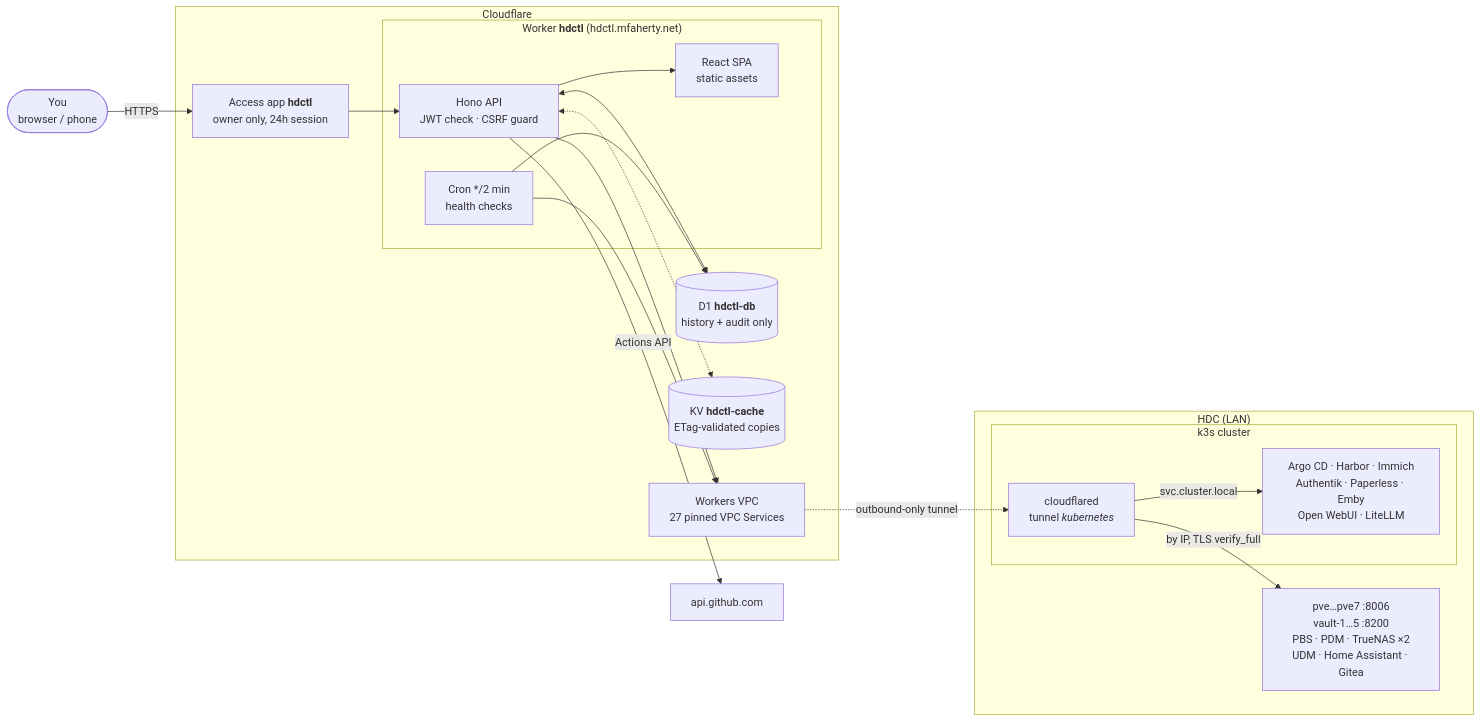
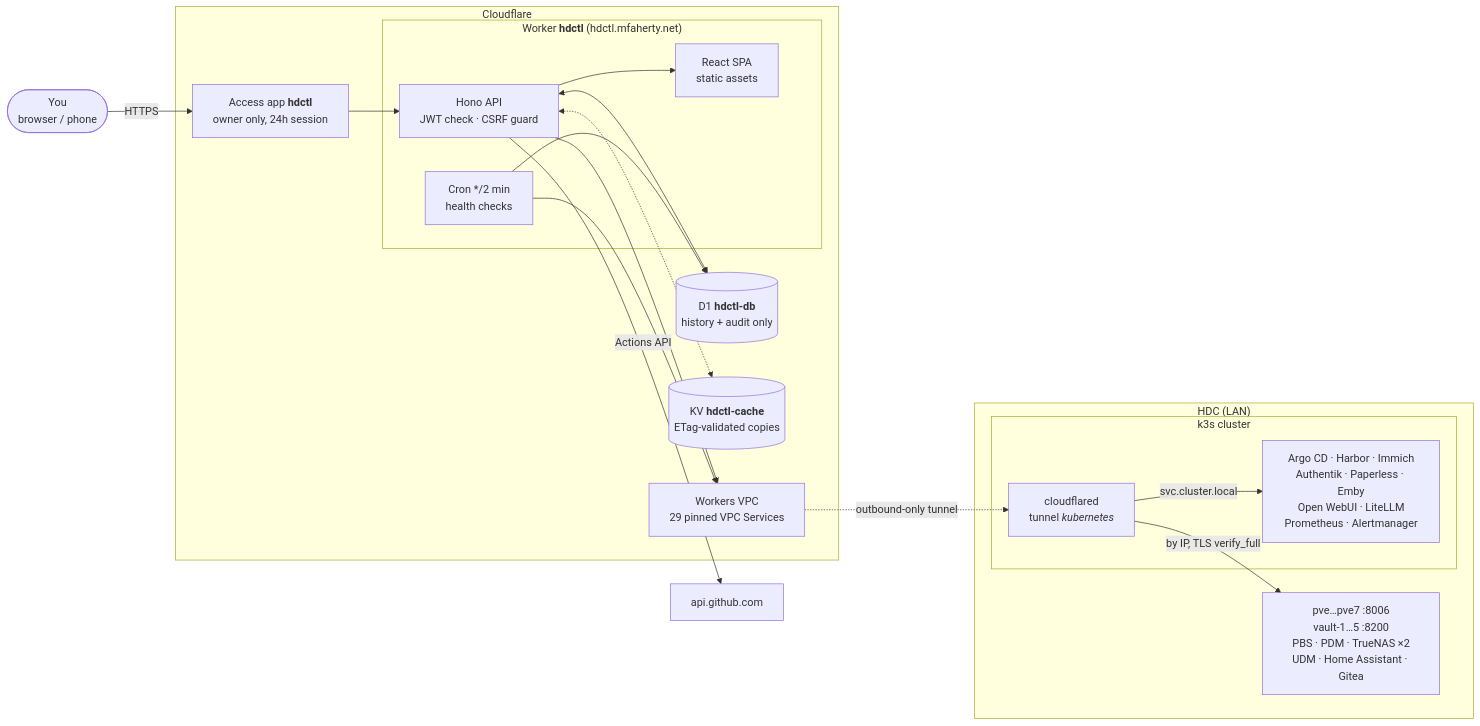
Before and after one commit to mike12806/hdctl: the first of 7 diagrams in README.md, drawn with Mermaid. The commit also changed other lines of this file and 11 other files, not shown here.

First line of the commit message:
feat: a Metrics page from Prometheus and Alertmanager

````diff
--- a/README.md
+++ b/README.md
@@ -35,38 +36,38 @@
 ```mermaid
 flowchart LR
   you(["You<br/>browser / phone"])
 
   subgraph cf["Cloudflare"]
     access["Access app <b>hdctl</b><br/>owner only, 24h session"]
     subgraph worker["Worker <b>hdctl</b> (hdctl.mfaherty.net)"]
       api["Hono API<br/>JWT check · CSRF guard"]
       assets["React SPA<br/>static assets"]
       cron["Cron */2 min<br/>health checks"]
     end
     d1[("D1 <b>hdctl-db</b><br/>history + audit only")]
     kv[("KV <b>hdctl-cache</b><br/>ETag-validated copies")]
-    vpc["Workers VPC<br/>27 pinned VPC Services"]
+    vpc["Workers VPC<br/>29 pinned VPC Services"]
   end
 
   gh["api.github.com"]
 
   subgraph lab["HDC (LAN)"]
     subgraph k3s["k3s cluster"]
       cfd["cloudflared<br/>tunnel <i>kubernetes</i>"]
-      capps["Argo CD · Harbor · Immich<br/>Authentik · Paperless · Emby<br/>Open WebUI · LiteLLM"]
+      capps["Argo CD · Harbor · Immich<br/>Authentik · Paperless · Emby<br/>Open WebUI · LiteLLM<br/>Prometheus · Alertmanager"]
     end
     hosts["pve…pve7 :8006<br/>vault-1…5 :8200<br/>PBS · PDM · TrueNAS ×2<br/>UDM · Home Assistant · Gitea"]
   end
 
   you -->|HTTPS| access --> api
   api --> assets
   api <--> d1
   cron --> d1
   api <-.-> kv
   api --> vpc
   cron --> vpc
   vpc -. outbound-only tunnel .-> cfd
   cfd -->|by IP, TLS verify_full| hosts
   cfd -->|svc.cluster.local| capps
   api -->|Actions API| gh
 ```
````
